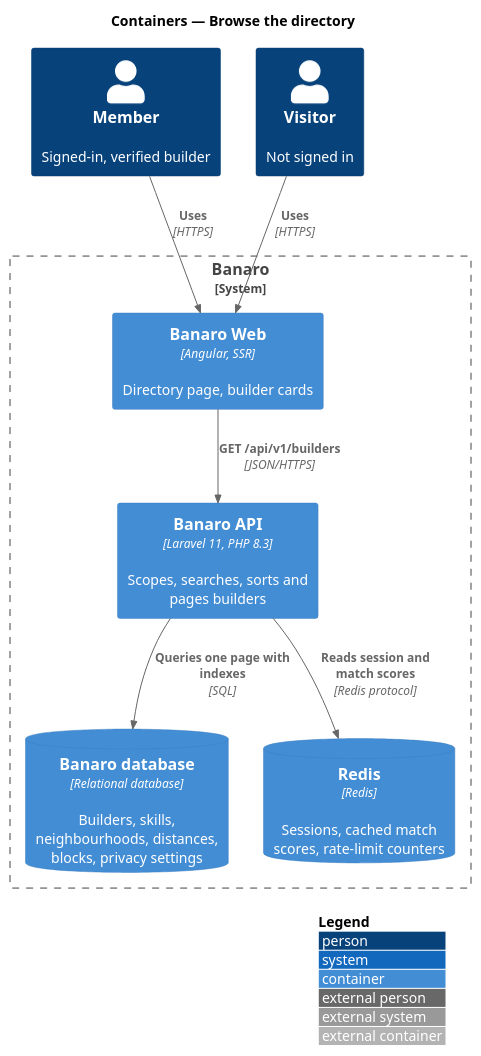
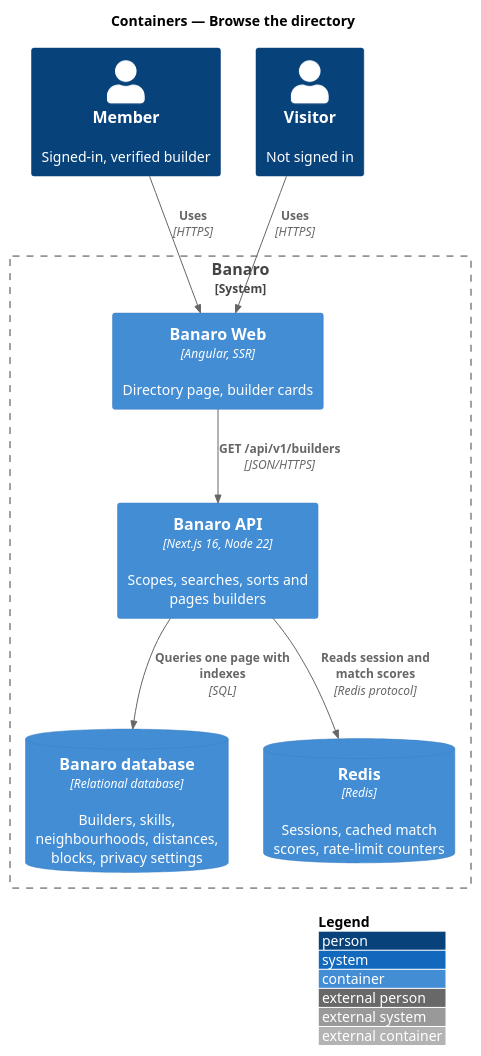
Before and after one commit to QuinntyneBrown/banaro: the diagram in docs/detailed-designs/directory/browse-directory/diagrams/c4-container.puml, drawn with PlantUML. The commit also changed 321 other files, not shown here.

First line of the commit message:
docs(detailed-designs): describe the backend as Next.js on Node (in progress)

```diff
--- a/docs/detailed-designs/directory/browse-directory/diagrams/c4-container.puml
+++ b/docs/detailed-designs/directory/browse-directory/diagrams/c4-container.puml
@@ -1,21 +1,21 @@
 @startuml
 !include <C4/C4_Container>
 LAYOUT_WITH_LEGEND()
 title Containers — Browse the directory
 
 Person(member, "Member", "Signed-in, verified builder")
 Person(visitor, "Visitor", "Not signed in")
 
 System_Boundary(banaro, "Banaro") {
   Container(web, "Banaro Web", "Angular, SSR", "Directory page, builder cards")
-  Container(api, "Banaro API", "Laravel 11, PHP 8.3", "Scopes, searches, sorts and pages builders")
+  Container(api, "Banaro API", "Next.js 16, Node 22", "Scopes, searches, sorts and pages builders")
   ContainerDb(db, "Banaro database", "Relational database", "Builders, skills, neighbourhoods, distances, blocks, privacy settings")
   ContainerDb(redis, "Redis", "Redis", "Sessions, cached match scores, rate-limit counters")
 }
 
 Rel(member, web, "Uses", "HTTPS")
 Rel(visitor, web, "Uses", "HTTPS")
 Rel(web, api, "GET /api/v1/builders", "JSON/HTTPS")
 Rel(api, db, "Queries one page with indexes", "SQL")
 Rel(api, redis, "Reads session and match scores", "Redis protocol")
 @enduml
```
